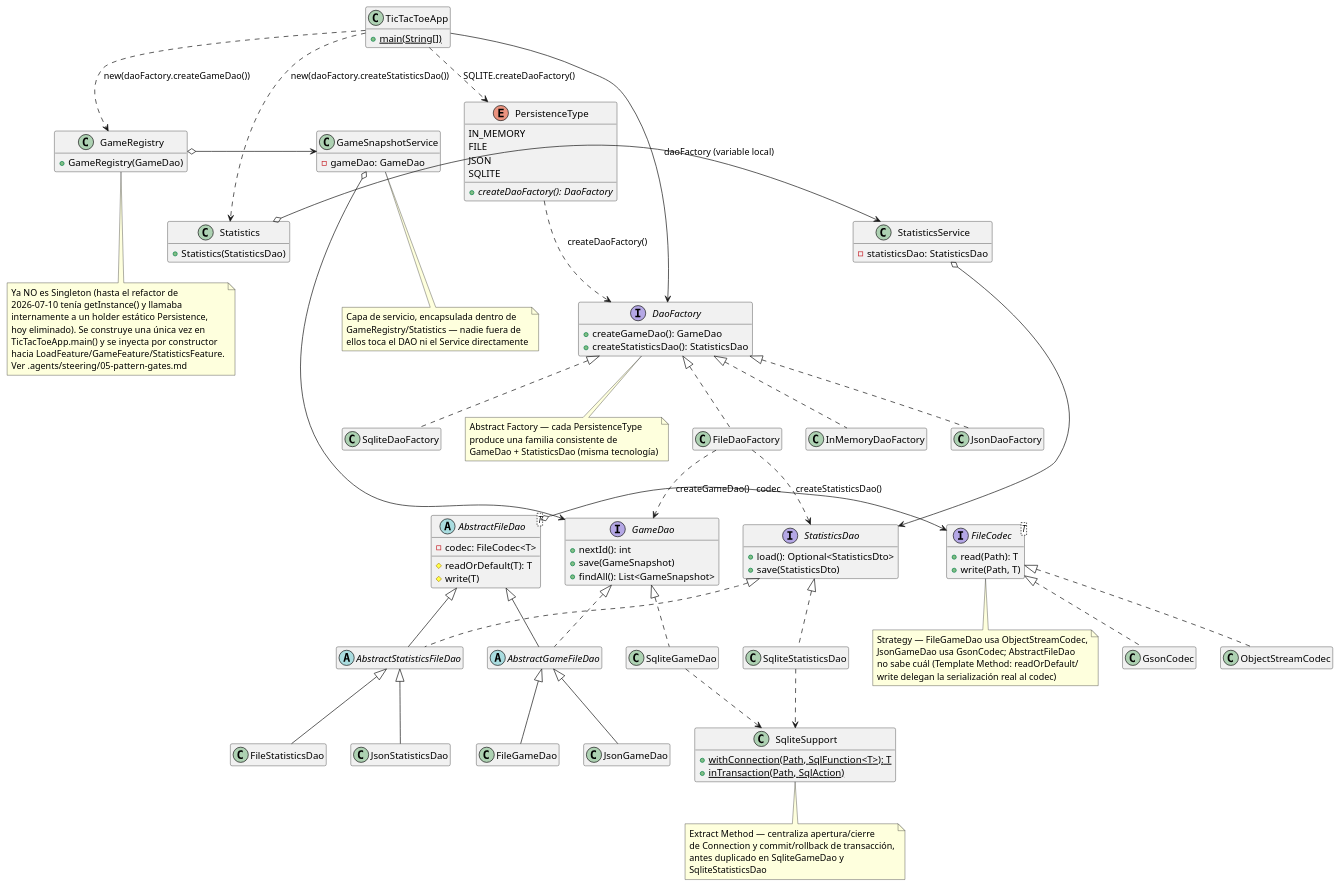
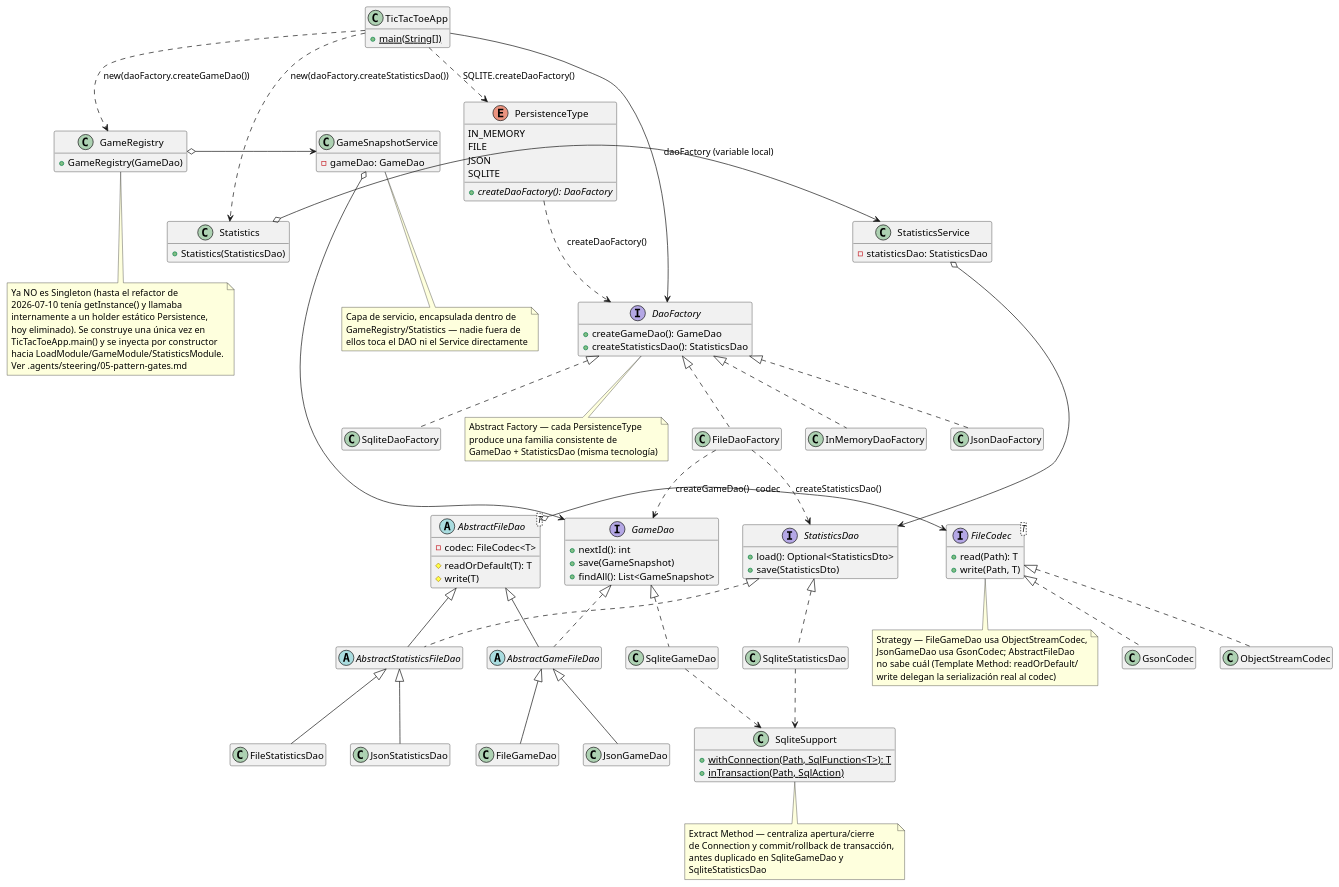
One commit to pcarroza/tictactoe-java changed the diagram in docs/4+1views/logica/patrones/patron-dao-persistencia.puml. Above: the diagram before and after it, drawn with PlantUML. The commit also changed 396 other files, not shown here.

```diff
--- a/docs/4+1views/logica/patrones/patron-dao-persistencia.puml
+++ b/docs/4+1views/logica/patrones/patron-dao-persistencia.puml
@@ -1,140 +1,140 @@
 @startuml patron-dao-persistencia
 hide empty members
 
 class TicTacToeApp {
   {static} +main(String[])
 }
 enum PersistenceType {
   IN_MEMORY
   FILE
   JSON
   SQLITE
   {abstract} +createDaoFactory(): DaoFactory
 }
 
 interface DaoFactory {
   +createGameDao(): GameDao
   +createStatisticsDao(): StatisticsDao
 }
 class InMemoryDaoFactory
 class FileDaoFactory
 class JsonDaoFactory
 class SqliteDaoFactory
 
 interface GameDao {
   +nextId(): int
   +save(GameSnapshot)
   +findAll(): List<GameSnapshot>
 }
 interface StatisticsDao {
   +load(): Optional<StatisticsDto>
   +save(StatisticsDto)
 }
 
 TicTacToeApp ..> PersistenceType : SQLITE.createDaoFactory()
 TicTacToeApp --> DaoFactory : daoFactory (variable local)
 PersistenceType ..> DaoFactory : createDaoFactory()
 DaoFactory <|.. InMemoryDaoFactory
 DaoFactory <|.. FileDaoFactory
 DaoFactory <|.. JsonDaoFactory
 DaoFactory <|.. SqliteDaoFactory
 FileDaoFactory ..> GameDao : createGameDao()
 FileDaoFactory ..> StatisticsDao : createStatisticsDao()
 
 abstract class AbstractFileDao<T> {
   -codec: FileCodec<T>
   #readOrDefault(T): T
   #write(T)
 }
 interface FileCodec<T> {
   +read(Path): T
   +write(Path, T)
 }
 class GsonCodec
 class ObjectStreamCodec
 abstract class AbstractGameFileDao
 abstract class AbstractStatisticsFileDao
 class FileGameDao
 class JsonGameDao
 class FileStatisticsDao
 class JsonStatisticsDao
 
 AbstractFileDao o-> FileCodec : codec
 FileCodec <|.. GsonCodec
 FileCodec <|.. ObjectStreamCodec
 AbstractFileDao <|-- AbstractGameFileDao
 AbstractFileDao <|-- AbstractStatisticsFileDao
 GameDao <|.. AbstractGameFileDao
 StatisticsDao <|.. AbstractStatisticsFileDao
 AbstractGameFileDao <|-- FileGameDao
 AbstractGameFileDao <|-- JsonGameDao
 AbstractStatisticsFileDao <|-- FileStatisticsDao
 AbstractStatisticsFileDao <|-- JsonStatisticsDao
 
 class SqliteGameDao
 class SqliteStatisticsDao
 class SqliteSupport {
   {static} +withConnection(Path, SqlFunction<T>): T
   {static} +inTransaction(Path, SqlAction)
 }
 GameDao <|.. SqliteGameDao
 StatisticsDao <|.. SqliteStatisticsDao
 SqliteGameDao ..> SqliteSupport
 SqliteStatisticsDao ..> SqliteSupport
 
 class GameSnapshotService {
   -gameDao: GameDao
 }
 class StatisticsService {
   -statisticsDao: StatisticsDao
 }
 GameSnapshotService o-> GameDao
 StatisticsService o-> StatisticsDao
 
 class GameRegistry {
   +GameRegistry(GameDao)
 }
 class Statistics {
   +Statistics(StatisticsDao)
 }
 GameRegistry o-> GameSnapshotService
 Statistics o-> StatisticsService
 TicTacToeApp ..> GameRegistry : new(daoFactory.createGameDao())
 TicTacToeApp ..> Statistics : new(daoFactory.createStatisticsDao())
 
 note bottom of DaoFactory
   Abstract Factory — cada PersistenceType
   produce una familia consistente de
   GameDao + StatisticsDao (misma tecnología)
 end note
 
 note bottom of FileCodec
   Strategy — FileGameDao usa ObjectStreamCodec,
   JsonGameDao usa GsonCodec; AbstractFileDao
   no sabe cuál (Template Method: readOrDefault/
   write delegan la serialización real al codec)
 end note
 
 note bottom of SqliteSupport
   Extract Method — centraliza apertura/cierre
   de Connection y commit/rollback de transacción,
   antes duplicado en SqliteGameDao y
   SqliteStatisticsDao
 end note
 
 note bottom of GameSnapshotService
   Capa de servicio, encapsulada dentro de
   GameRegistry/Statistics — nadie fuera de
   ellos toca el DAO ni el Service directamente
 end note
 
 note bottom of GameRegistry
   Ya NO es Singleton (hasta el refactor de
   2026-07-10 tenía getInstance() y llamaba
   internamente a un holder estático Persistence,
   hoy eliminado). Se construye una única vez en
   TicTacToeApp.main() y se inyecta por constructor
-  hacia LoadFeature/GameFeature/StatisticsFeature.
+  hacia LoadModule/GameModule/StatisticsModule.
   Ver .agents/steering/05-pattern-gates.md
 end note
 @enduml
```
